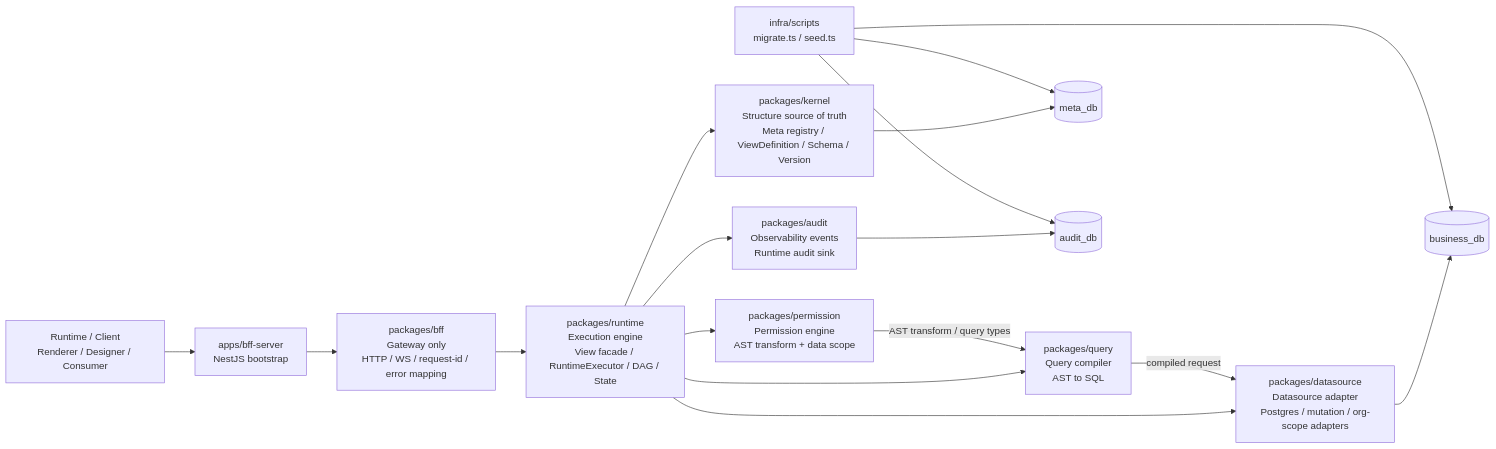
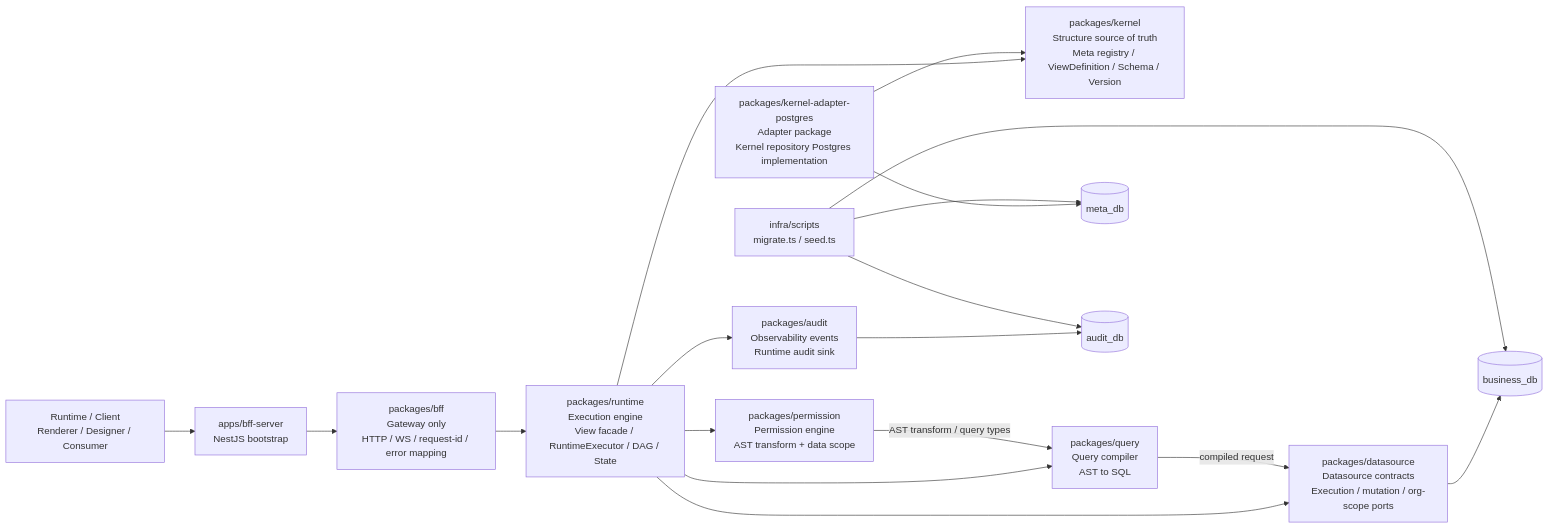
The diagram in README.md (zhongmiao-org/meta-lc-platform), drawn with Mermaid before and after one commit. The commit also changed other lines of this file and 98 other files, not shown here.

````diff
--- a/README.md
+++ b/README.md
@@ -15,32 +15,34 @@
 ```mermaid
 flowchart LR
   Client["Runtime / Client<br/>Renderer / Designer / Consumer"]
   BFFServer["apps/bff-server<br/>NestJS bootstrap"]
   BFF["packages/bff<br/>Gateway only<br/>HTTP / WS / request-id / error mapping"]
   Runtime["packages/runtime<br/>Execution engine<br/>View facade / RuntimeExecutor / DAG / State"]
   Kernel["packages/kernel<br/>Structure source of truth<br/>Meta registry / ViewDefinition / Schema / Version"]
   Query["packages/query<br/>Query compiler<br/>AST to SQL"]
   Permission["packages/permission<br/>Permission engine<br/>AST transform + data scope"]
-  Datasource["packages/datasource<br/>Datasource adapter<br/>Postgres / mutation / org-scope adapters"]
+  Datasource["packages/datasource<br/>Datasource contracts<br/>Execution / mutation / org-scope ports"]
   Audit["packages/audit<br/>Observability events<br/>Runtime audit sink"]
+  KernelPg["packages/kernel-adapter-postgres<br/>Adapter package<br/>Kernel repository Postgres implementation"]
   InfraScripts["infra/scripts<br/>migrate.ts / seed.ts"]
   MetaDb[("meta_db")]
   BusinessDb[("business_db")]
   AuditDb[("audit_db")]
   Client --> BFFServer
   BFFServer --> BFF
   BFF --> Runtime
   Runtime --> Kernel
   Runtime --> Permission
   Runtime --> Query
   Runtime --> Datasource
   Runtime --> Audit
+  KernelPg --> Kernel
   Permission -->|"AST transform / query types"| Query
   Query -->|"compiled request"| Datasource
-  Kernel --> MetaDb
+  KernelPg --> MetaDb
   Datasource --> BusinessDb
   Audit --> AuditDb
   InfraScripts --> MetaDb
   InfraScripts --> BusinessDb
   InfraScripts --> AuditDb
 ```
````
